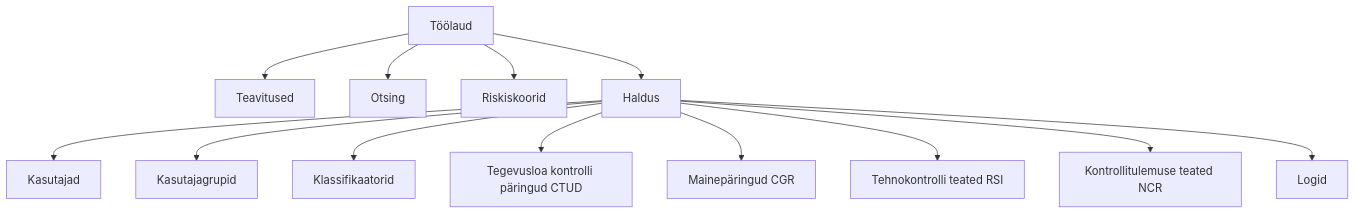
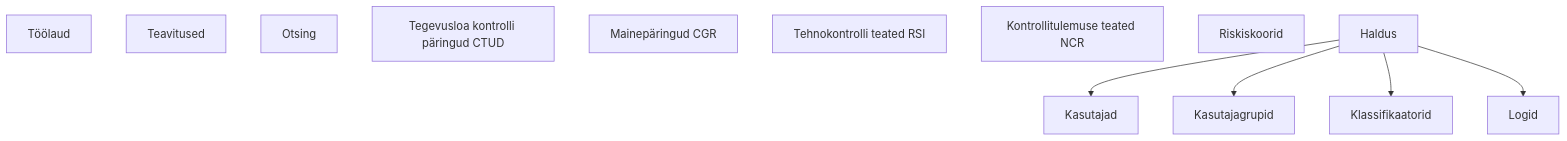
One commit to kemit-ee/ljvis-2 changed the diagram in docs/user-guide/03-menyy.md. Above: the diagram before and after it, drawn with Mermaid. The commit also changed other lines of this file and 8 other files, not shown here.

````diff
--- a/docs/user-guide/03-menyy.md
+++ b/docs/user-guide/03-menyy.md
@@ -29,15 +42,16 @@
 ```mermaid
 flowchart TD
-    A[Töölaud] --> T[Teavitused]
-    A --> S[Otsing]
-    A --> R[Riskiskoorid]
-    A --> B[Haldus]
+    A[Töölaud]
+    T[Teavitused]
+    S[Otsing]
+    G[Tegevusloa kontrolli päringud CTUD]
+    H[Mainepäringud CGR]
+    I[Tehnokontrolli teated RSI]
+    J[Kontrollitulemuse teated NCR]
+    R[Riskiskoorid]
+    B[Haldus]
     B --> C[Kasutajad]
     B --> D[Kasutajagrupid]
     B --> E[Klassifikaatorid]
-    B --> G[Tegevusloa kontrolli päringud CTUD]
-    B --> H[Mainepäringud CGR]
-    B --> I[Tehnokontrolli teated RSI]
-    B --> J[Kontrollitulemuse teated NCR]
     B --> F[Logid]
 ```
````
